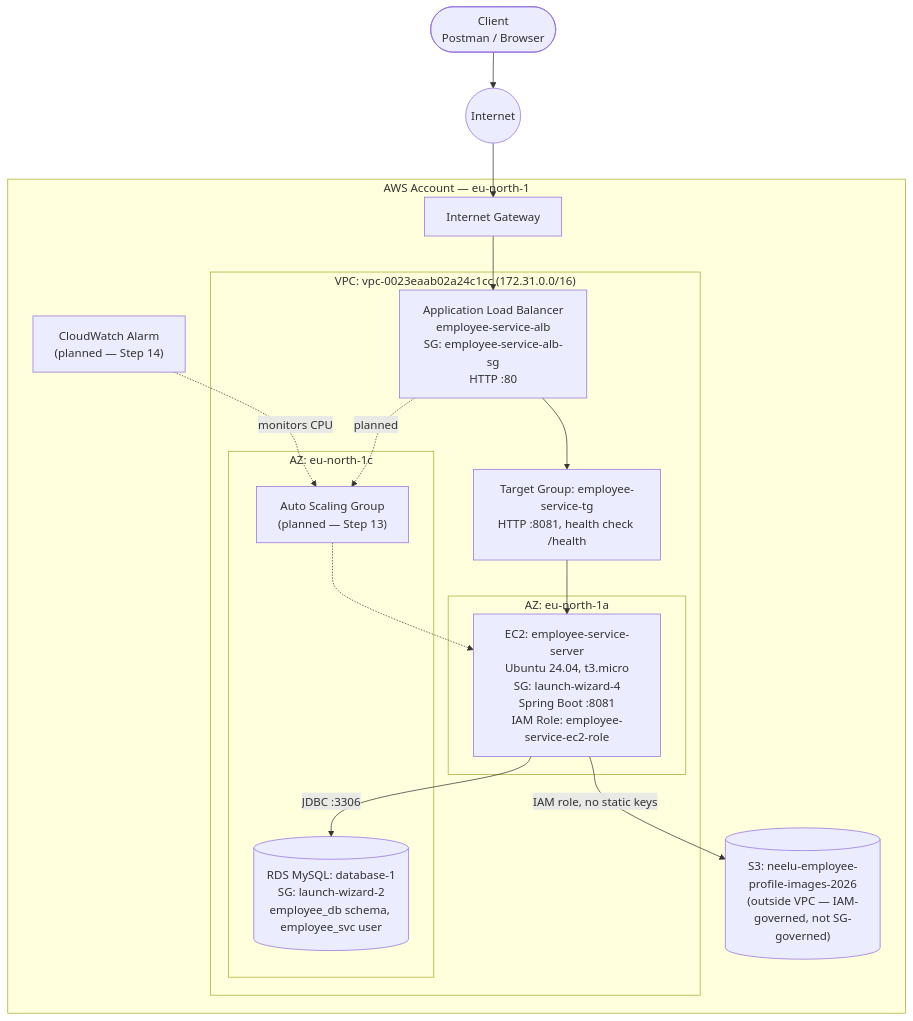
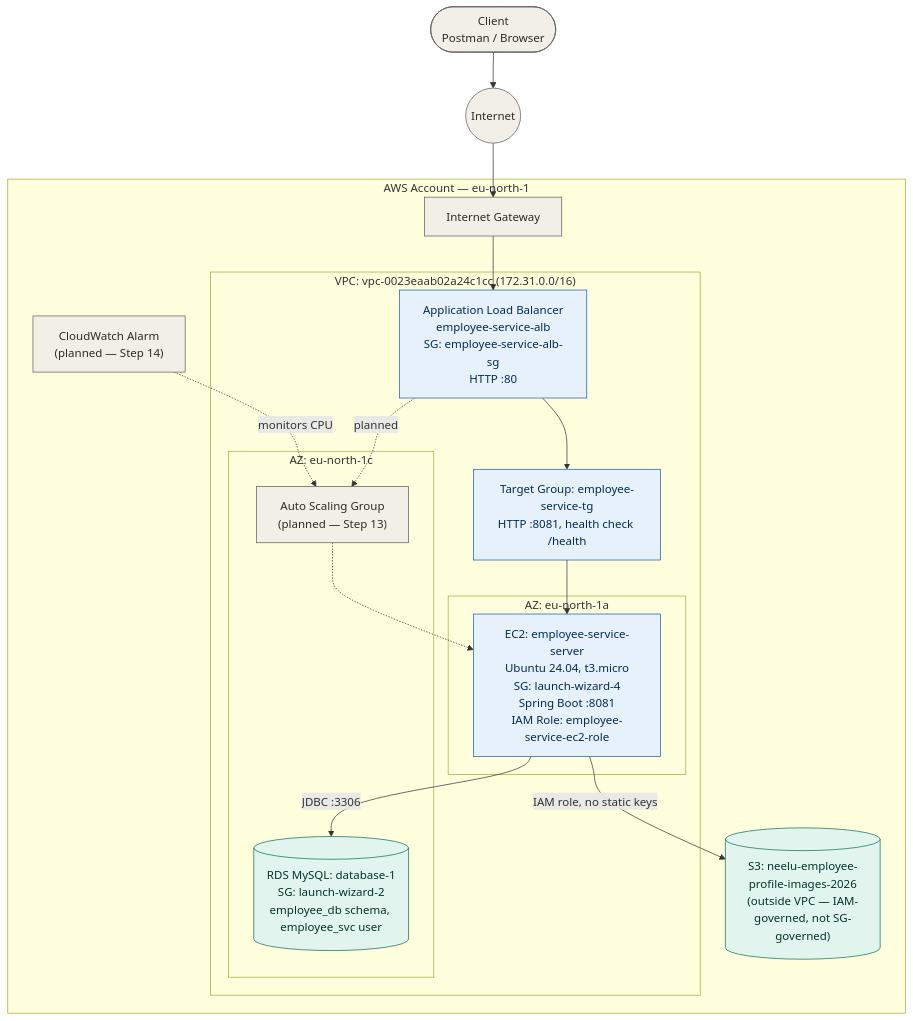
One commit to temptation4/employee-management-aws-guide changed the diagram in AWS_DEPLOYMENT_GUIDE.md. Above: the diagram before and after it, drawn with Mermaid. The commit also changed 1 other file, not shown here.

Commit message:
Add color coding to architecture mermaid diagrams
blue = compute/routing (ALB, EC2), teal = data stores (RDS, S3),
gray = entry point and planned/not-yet-built components.

````diff
--- a/AWS_DEPLOYMENT_GUIDE.md
+++ b/AWS_DEPLOYMENT_GUIDE.md
@@ -11,34 +11,42 @@
 ```mermaid
 flowchart TB
     Client(["Client\nPostman / Browser"])
     Internet(("Internet"))
 
     subgraph AWS["AWS Account — eu-north-1"]
         IGW["Internet Gateway"]
 
         subgraph VPC["VPC: vpc-0023eaab02a24c1cc (172.31.0.0/16)"]
             ALB["Application Load Balancer\nemployee-service-alb\nSG: employee-service-alb-sg\nHTTP :80"]
             TG["Target Group: employee-service-tg\nHTTP :8081, health check /health"]
 
             subgraph AZ1["AZ: eu-north-1a"]
                 EC2["EC2: employee-service-server\nUbuntu 24.04, t3.micro\nSG: launch-wizard-4\nSpring Boot :8081\nIAM Role: employee-service-ec2-role"]
             end
 
             subgraph AZ2["AZ: eu-north-1c"]
                 RDS[("RDS MySQL: database-1\nSG: launch-wizard-2\nemployee_db schema, employee_svc user")]
                 ASG["Auto Scaling Group\n(planned — Step 13)"]
             end
         end
 
         S3[("S3: neelu-employee-profile-images-2026\n(outside VPC — IAM-governed, not SG-governed)")]
         CW["CloudWatch Alarm\n(planned — Step 14)"]
     end
 
     Client --> Internet --> IGW --> ALB
     ALB --> TG --> EC2
     EC2 -->|JDBC :3306| RDS
     EC2 -->|IAM role, no static keys| S3
     ALB -.->|planned| ASG
     ASG -.-> EC2
     CW -.->|monitors CPU| ASG
+
+    classDef gray fill:#F1EFE8,stroke:#5F5E5A,color:#2C2C2A;
+    classDef blue fill:#E6F1FB,stroke:#185FA5,color:#042C53;
+    classDef teal fill:#E1F5EE,stroke:#0F6E56,color:#04342C;
+
+    class Client,Internet,IGW,ASG,CW gray
+    class ALB,TG,EC2 blue
+    class RDS,S3 teal
 ```
````
